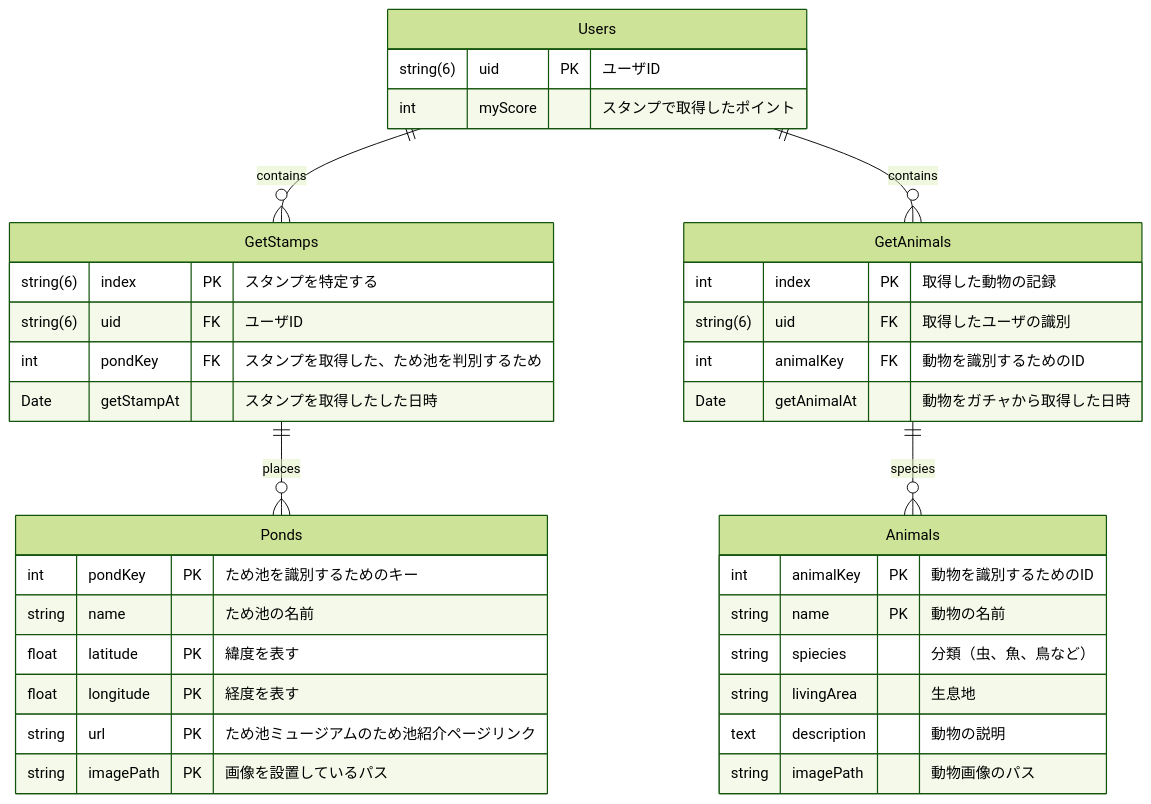
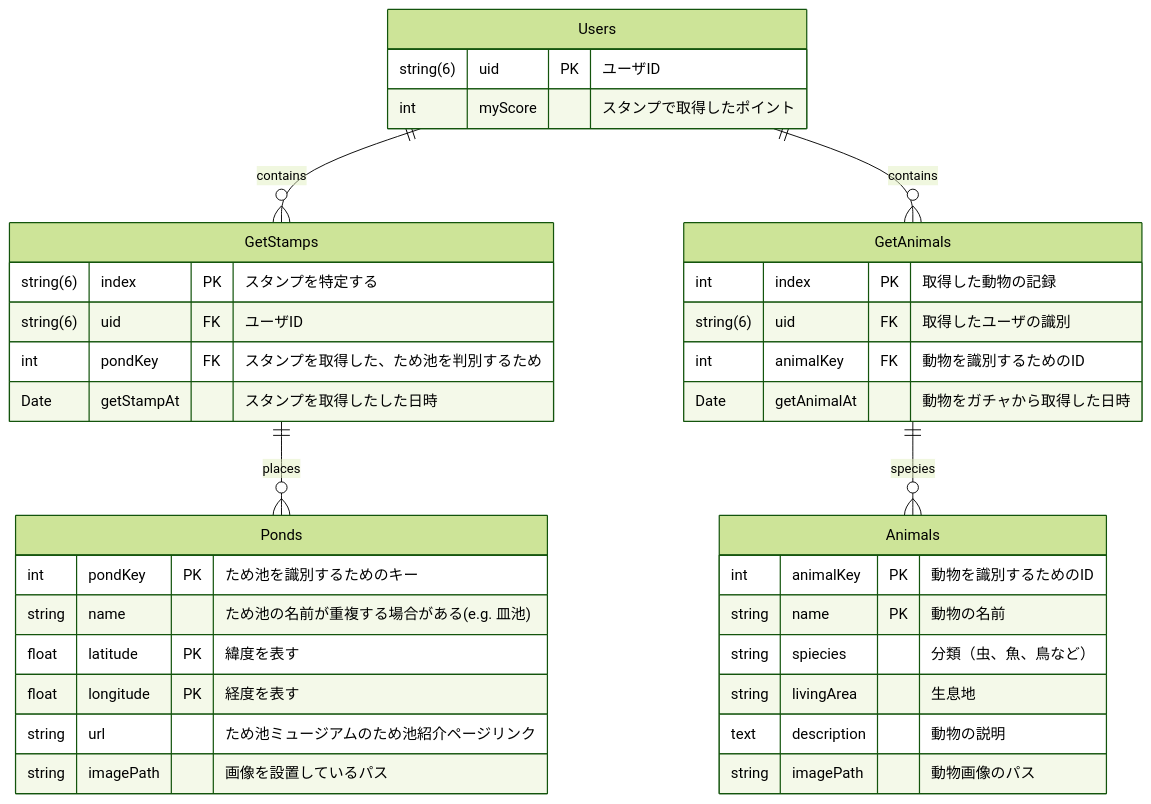
Before and after one commit to ngo3aV2C/tameike-go: the diagram in docs/er-diagram.md, drawn with Mermaid (forest theme). The commit also changed 2 other files, not shown here.

Commit message:
🐛fix: #14 PKの削除、`Ponds`クラスの`name`について説明を追加

````diff
--- a/docs/er-diagram.md
+++ b/docs/er-diagram.md
@@ -4,51 +4,51 @@
 ```mermaid
 ---
 Title: "ため池GO! のデータベース設計"
 ---
 erDiagram
     Users ||--o{ GetStamps : contains
     GetStamps ||--o{ Ponds : places
     Users ||--o{ GetAnimals : contains
     GetAnimals ||--o{ Animals : species
 
     Users {
         string(6) uid PK "ユーザID"
         int myScore "スタンプで取得したポイント"
     }
 
     GetStamps {
         string(6) index PK "スタンプを特定する"
         %% 注意点として、Post処理にて同一データをN回保存しても、重複に気づかないリスクがある
         string(6) uid FK "ユーザID"
         int pondKey FK "スタンプを取得した、ため池を判別するため"
         Date getStampAt "スタンプを取得したした日時"
     }
 
     %% ⚠️Ponds Classはデータベースに保存しない
     %% あくまでコードロジックに反映させるためのモデル
     Ponds {
         int pondKey PK "ため池を識別するためのキー"
-        string name "ため池の名前"
+        string name "ため池の名前が重複する場合がある(e.g. 皿池)"
         float latitude PK "緯度を表す"
         float longitude PK "経度を表す"
-        string url PK "ため池ミュージアムのため池紹介ページリンク"
-        string imagePath PK "画像を設置しているパス"
+        string url "ため池ミュージアムのため池紹介ページリンク"
+        string imagePath "画像を設置しているパス"
     }
 
     GetAnimals {
         int index PK "取得した動物の記録"
         string(6) uid FK "取得したユーザの識別"
         int animalKey FK "動物を識別するためのID"
         Date getAnimalAt "動物をガチャから取得した日時"
     }
 
     %% Animals Classも同様にデータベースへ保存しない
     Animals {
         int animalKey PK "動物を識別するためのID"
         string name PK "動物の名前"
         string spiecies "分類（虫、魚、鳥など）"
         string livingArea "生息地"
         text description "動物の説明"
         string imagePath "動物画像のパス"
     }
 ```
````
